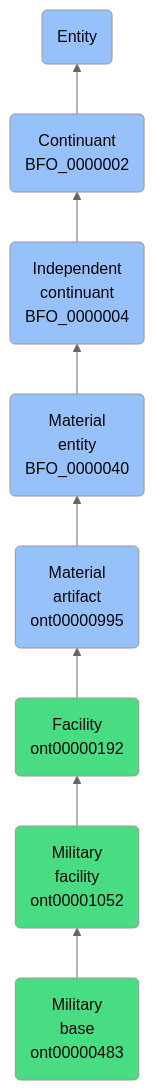
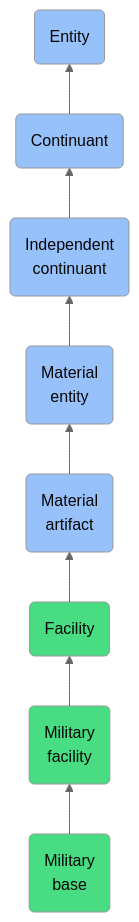
The diagram in docs/ontology/reference/model/Entity/Continuant/Independent continuant/Material entity/Material artifact/Facility/Military facility/Military base/Military base.md (jupyter-naas/abi), drawn with Mermaid (neutral theme) before and after one commit. The commit also changed other lines of this file and 1430 other files, not shown here.

````diff
--- a/docs/ontology/reference/model/Entity/Continuant/Independent continuant/Material entity/Material artifact/Facility/Military facility/Military base/Military base.md
+++ b/docs/ontology/reference/model/Entity/Continuant/Independent continuant/Material entity/Material artifact/Facility/Military facility/Military base/Military base.md
@@ -24,15 +24,15 @@
 ```mermaid
 graph BT
-    ont00000483(Military<br>base<br>ont00000483):::ABI-->ont00001052
-    ont00001052(Military<br>facility<br>ont00001052):::ABI-->ont00000192
-    ont00000192(Facility<br>ont00000192):::ABI-->ont00000995
-    ont00000995(Material<br>artifact<br>ont00000995):::BFO-->BFO_0000040
-    BFO_0000040(Material<br>entity<br>BFO_0000040):::BFO-->BFO_0000004
-    BFO_0000004(Independent<br>continuant<br>BFO_0000004):::BFO-->BFO_0000002
-    BFO_0000002(Continuant<br>BFO_0000002):::BFO-->BFO_0000001
+    ont00000483(Military<br>base):::ABI-->ont00001052
+    ont00001052(Military<br>facility):::ABI-->ont00000192
+    ont00000192(Facility):::ABI-->ont00000995
+    ont00000995(Material<br>artifact):::BFO-->BFO_0000040
+    BFO_0000040(Material<br>entity):::BFO-->BFO_0000004
+    BFO_0000004(Independent<br>continuant):::BFO-->BFO_0000002
+    BFO_0000002(Continuant):::BFO-->BFO_0000001
     BFO_0000001(Entity):::BFO
     
     classDef BFO fill:#97c1fb,color:#060606
     classDef CCO fill:#e4c51e,color:#060606
     classDef ABI fill:#48DD82,color:#060606
 ```
````
